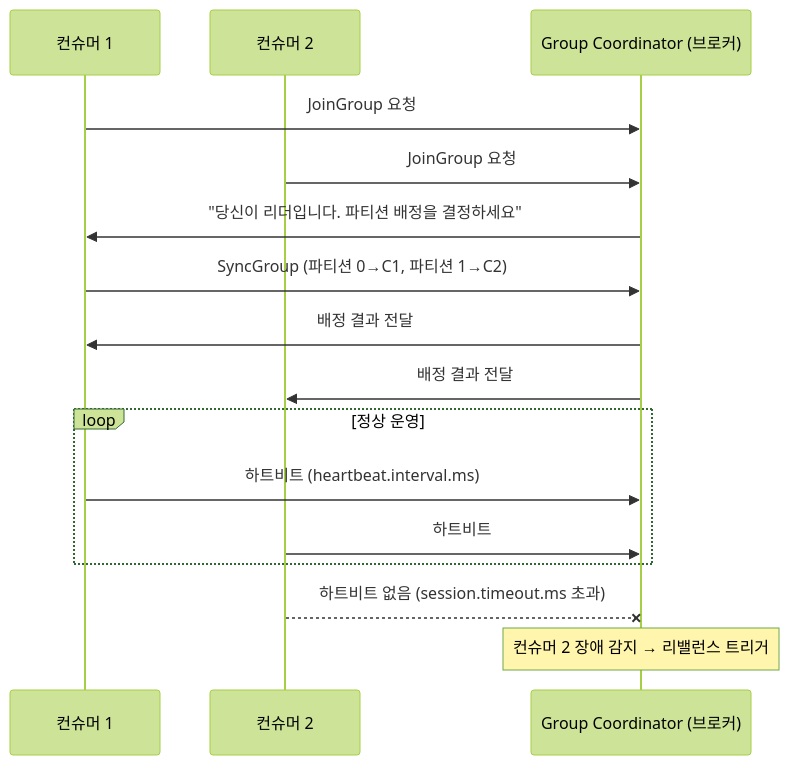
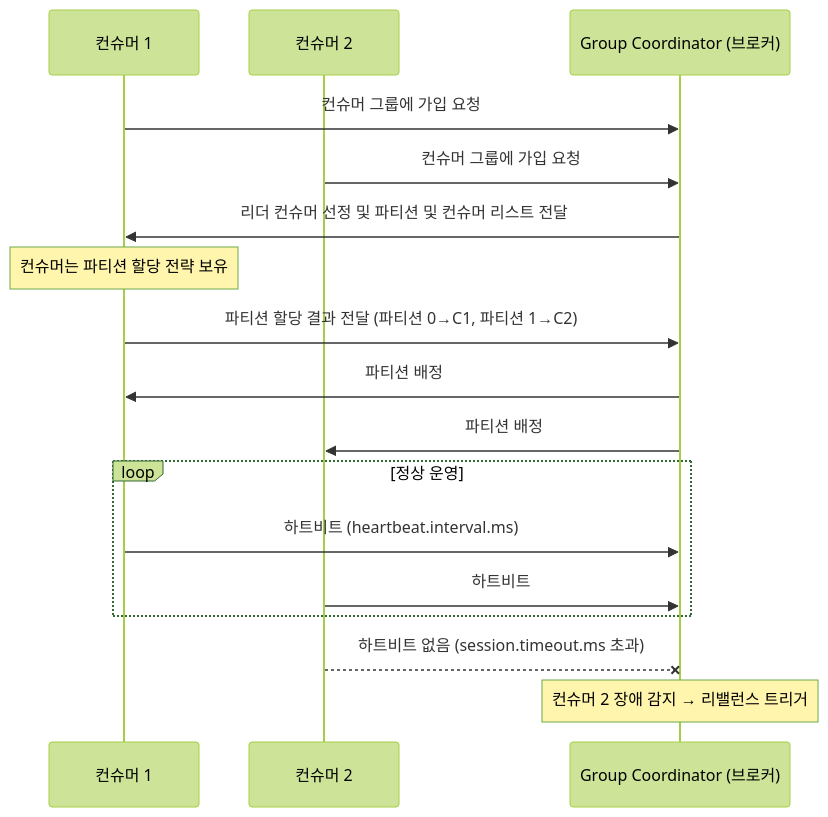
The third of 3 diagrams in kafka-learn/docs/learning/04_kafka_consumer.md (yhnoh/kafka), drawn with Mermaid (forest theme) before and after one commit. The commit also changed other lines of this file and 1 other file, not shown here.

````diff
--- a/kafka-learn/docs/learning/04_kafka_consumer.md
+++ b/kafka-learn/docs/learning/04_kafka_consumer.md
@@ -161,21 +265,22 @@
 ```mermaid
 sequenceDiagram
     participant C1 as 컨슈머 1
     participant C2 as 컨슈머 2
     participant GC as Group Coordinator (브로커)
 
-    C1->>GC: JoinGroup 요청
-    C2->>GC: JoinGroup 요청
-    GC->>C1: "당신이 리더입니다. 파티션 배정을 결정하세요"
-    C1->>GC: SyncGroup (파티션 0→C1, 파티션 1→C2)
-    GC->>C1: 배정 결과 전달
-    GC->>C2: 배정 결과 전달
+    C1->>GC: 컨슈머 그룹에 가입 요청
+    C2->>GC: 컨슈머 그룹에 가입 요청
+    GC->>C1: 리더 컨슈머 선정 및 파티션 및 컨슈머 리스트 전달
+    Note over C1: 컨슈머는 파티션 할당 전략 보유
+    C1->>GC: 파티션 할당 결과 전달 (파티션 0→C1, 파티션 1→C2)
+    GC->>C1: 파티션 배정
+    GC->>C2: 파티션 배정
 
     loop 정상 운영
         C1->>GC: 하트비트 (heartbeat.interval.ms)
         C2->>GC: 하트비트
     end
 
     C2--xGC: 하트비트 없음 (session.timeout.ms 초과)
     Note over GC: 컨슈머 2 장애 감지 → 리밸런스 트리거
 ```
````
